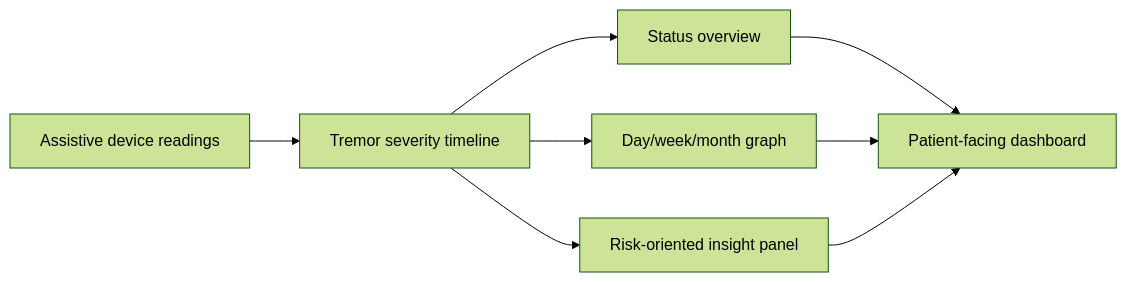
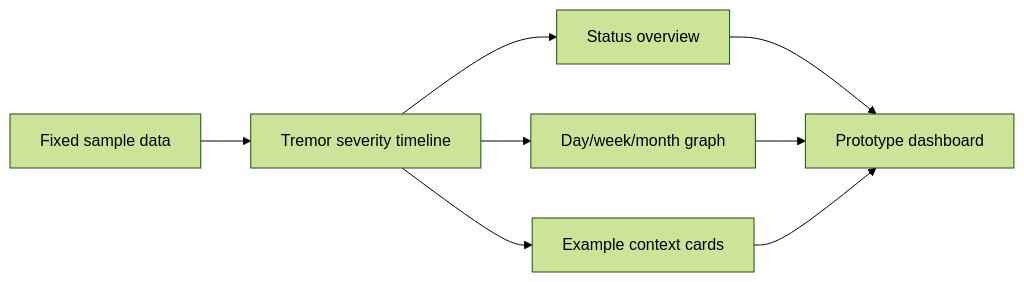
The diagram in README.md (Praneeth-Suresh/SnapSteady), drawn with Mermaid (forest theme) before and after one commit. The commit also changed other lines of this file, not shown here.

Commit message:
docs: label SnapSteady as a fictional-data prototype

````diff
--- a/README.md
+++ b/README.md
@@ -9,10 +7,10 @@
 ```mermaid
 flowchart LR
-    A[Assistive device readings] --> B[Tremor severity timeline]
+    A[Fixed sample data] --> B[Tremor severity timeline]
     B --> C[Status overview]
     B --> D[Day/week/month graph]
-    B --> E[Risk-oriented insight panel]
-    C --> F[Patient-facing dashboard]
+    B --> E[Example context cards]
+    C --> F[Prototype dashboard]
     D --> F
     E --> F
 ```
````
